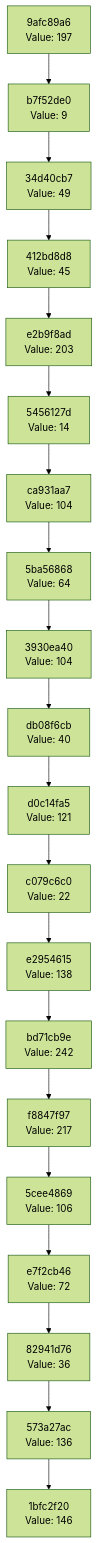
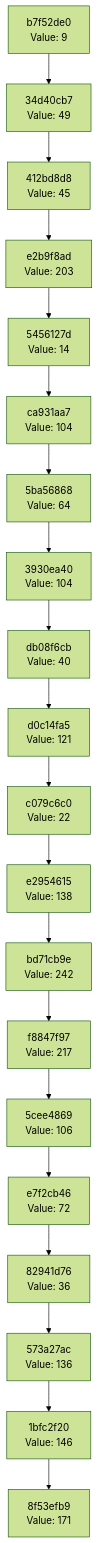
One commit to Abhisheksinha1506/hash-chain-evolver changed the diagram in docs/CHAIN_VISUALIZATION.md. Above: the diagram before and after it, drawn with Mermaid (forest theme). The commit also changed 2 other files, not shown here.

Commit message:
Evolution Step

````diff
--- a/docs/CHAIN_VISUALIZATION.md
+++ b/docs/CHAIN_VISUALIZATION.md
@@ -3,42 +3,42 @@
 ```mermaid
 graph TD
-    C0["1bfc2f20<br/>Value: 146"]
-    C1["573a27ac<br/>Value: 136"]
+    C0["8f53efb9<br/>Value: 171"]
+    C1["1bfc2f20<br/>Value: 146"]
     C1 --> C0
-    C2["82941d76<br/>Value: 36"]
+    C2["573a27ac<br/>Value: 136"]
     C2 --> C1
-    C3["e7f2cb46<br/>Value: 72"]
+    C3["82941d76<br/>Value: 36"]
     C3 --> C2
-    C4["5cee4869<br/>Value: 106"]
+    C4["e7f2cb46<br/>Value: 72"]
     C4 --> C3
-    C5["f8847f97<br/>Value: 217"]
+    C5["5cee4869<br/>Value: 106"]
     C5 --> C4
-    C6["bd71cb9e<br/>Value: 242"]
+    C6["f8847f97<br/>Value: 217"]
     C6 --> C5
-    C7["e2954615<br/>Value: 138"]
+    C7["bd71cb9e<br/>Value: 242"]
     C7 --> C6
-    C8["c079c6c0<br/>Value: 22"]
+    C8["e2954615<br/>Value: 138"]
     C8 --> C7
-    C9["d0c14fa5<br/>Value: 121"]
+    C9["c079c6c0<br/>Value: 22"]
     C9 --> C8
-    C10["db08f6cb<br/>Value: 40"]
+    C10["d0c14fa5<br/>Value: 121"]
     C10 --> C9
-    C11["3930ea40<br/>Value: 104"]
+    C11["db08f6cb<br/>Value: 40"]
     C11 --> C10
-    C12["5ba56868<br/>Value: 64"]
+    C12["3930ea40<br/>Value: 104"]
     C12 --> C11
-    C13["ca931aa7<br/>Value: 104"]
+    C13["5ba56868<br/>Value: 64"]
     C13 --> C12
-    C14["5456127d<br/>Value: 14"]
+    C14["ca931aa7<br/>Value: 104"]
     C14 --> C13
-    C15["e2b9f8ad<br/>Value: 203"]
+    C15["5456127d<br/>Value: 14"]
     C15 --> C14
-    C16["412bd8d8<br/>Value: 45"]
+    C16["e2b9f8ad<br/>Value: 203"]
     C16 --> C15
-    C17["34d40cb7<br/>Value: 49"]
+    C17["412bd8d8<br/>Value: 45"]
     C17 --> C16
-    C18["b7f52de0<br/>Value: 9"]
+    C18["34d40cb7<br/>Value: 49"]
     C18 --> C17
-    C19["9afc89a6<br/>Value: 197"]
+    C19["b7f52de0<br/>Value: 9"]
     C19 --> C18
 ```
````
